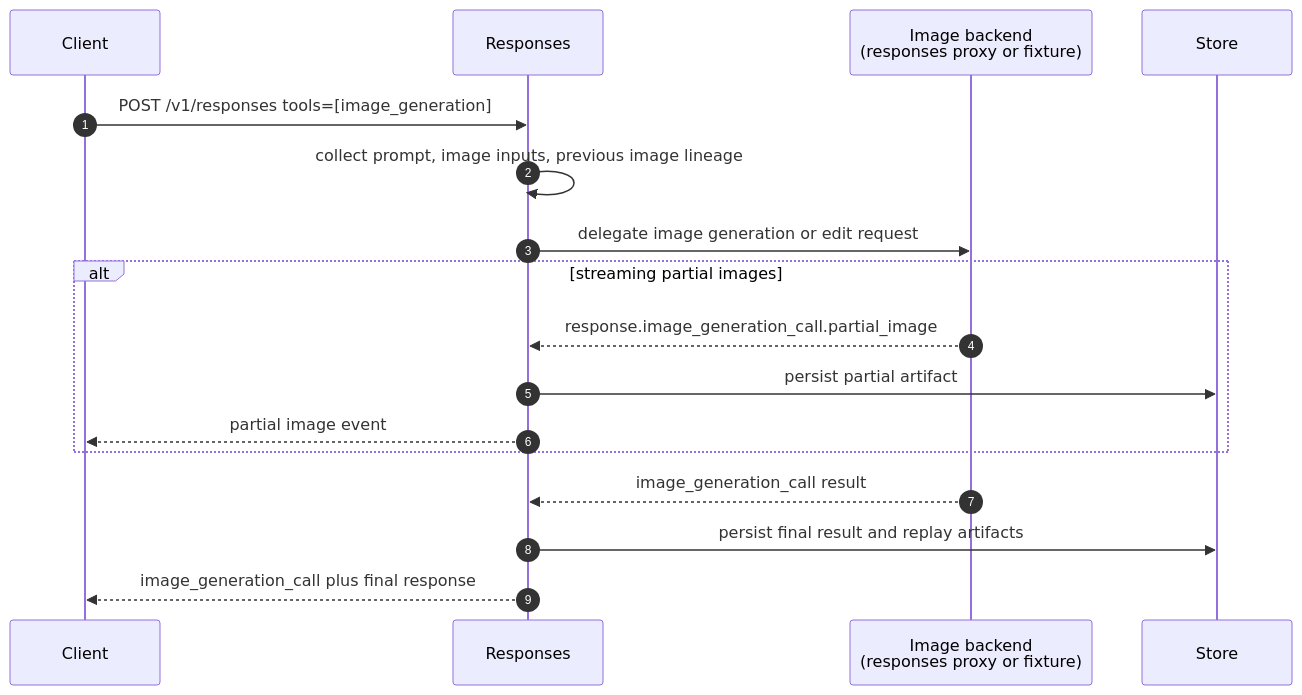
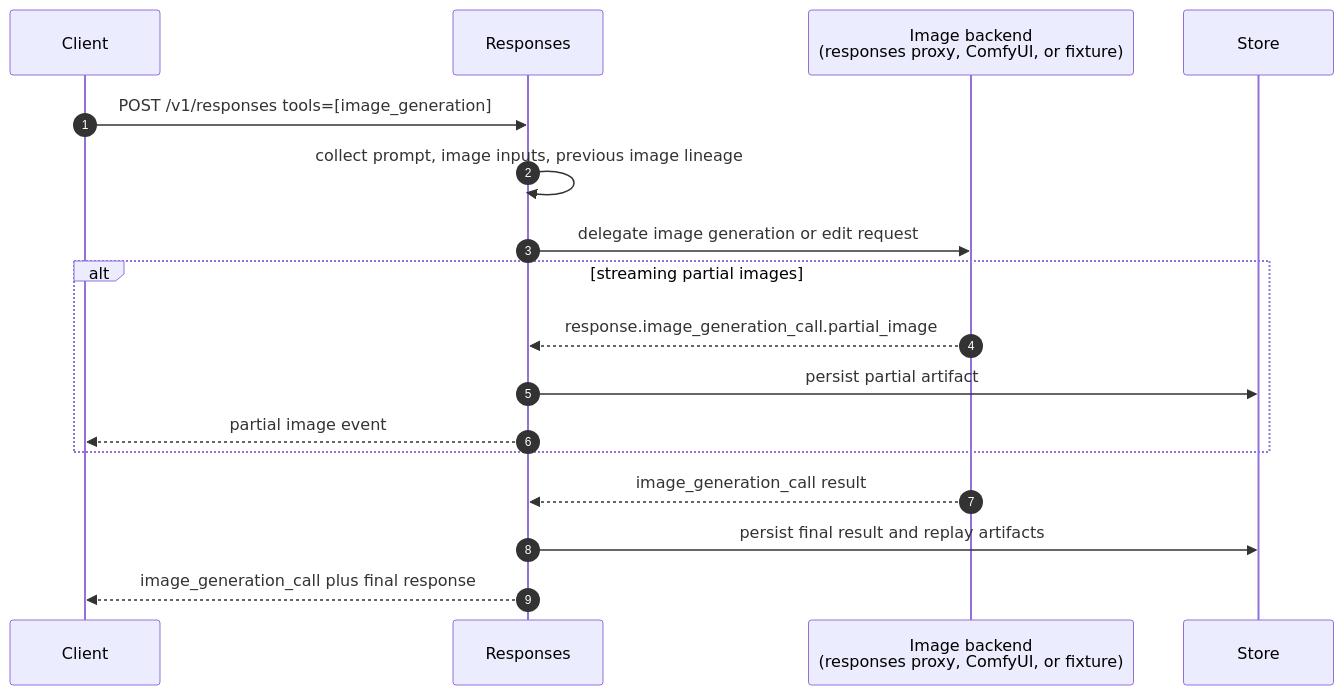
One commit to avelrl/llama_shim changed diagram 14 of 25 in docs/engineering/openai-api-choreography-atlas.md. Above: the diagram before and after it, drawn with Mermaid. The commit also changed other lines of this file and 24 other files, not shown here.

Commit message:
Add ComfyUI image generation backend

````diff
--- a/docs/engineering/openai-api-choreography-atlas.md
+++ b/docs/engineering/openai-api-choreography-atlas.md
@@ -573,20 +573,20 @@
 ```mermaid
 sequenceDiagram
   autonumber
   participant C as Client
   participant R as Responses
-  participant B as Image backend<br/>(responses proxy or fixture)
+  participant B as Image backend<br/>(responses proxy, ComfyUI, or fixture)
   participant DB as Store
 
   C->>R: POST /v1/responses tools=[image_generation]
   R->>R: collect prompt, image inputs, previous image lineage
   R->>B: delegate image generation or edit request
   alt streaming partial images
     B-->>R: response.image_generation_call.partial_image
     R->>DB: persist partial artifact
     R-->>C: partial image event
   end
   B-->>R: image_generation_call result
   R->>DB: persist final result and replay artifacts
   R-->>C: image_generation_call plus final response
 ```
````
